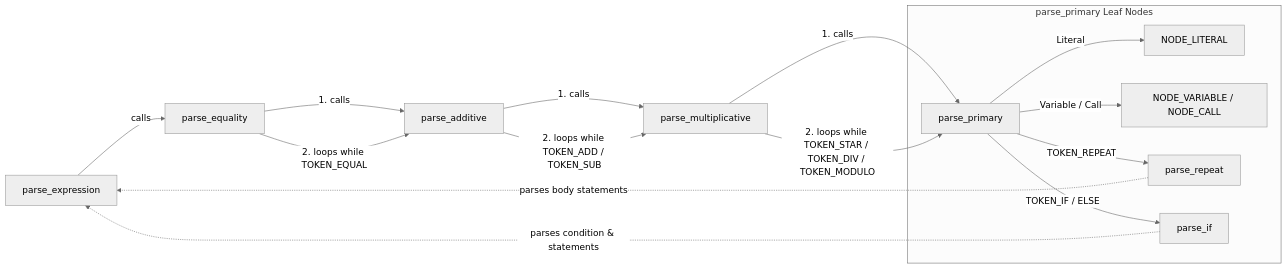
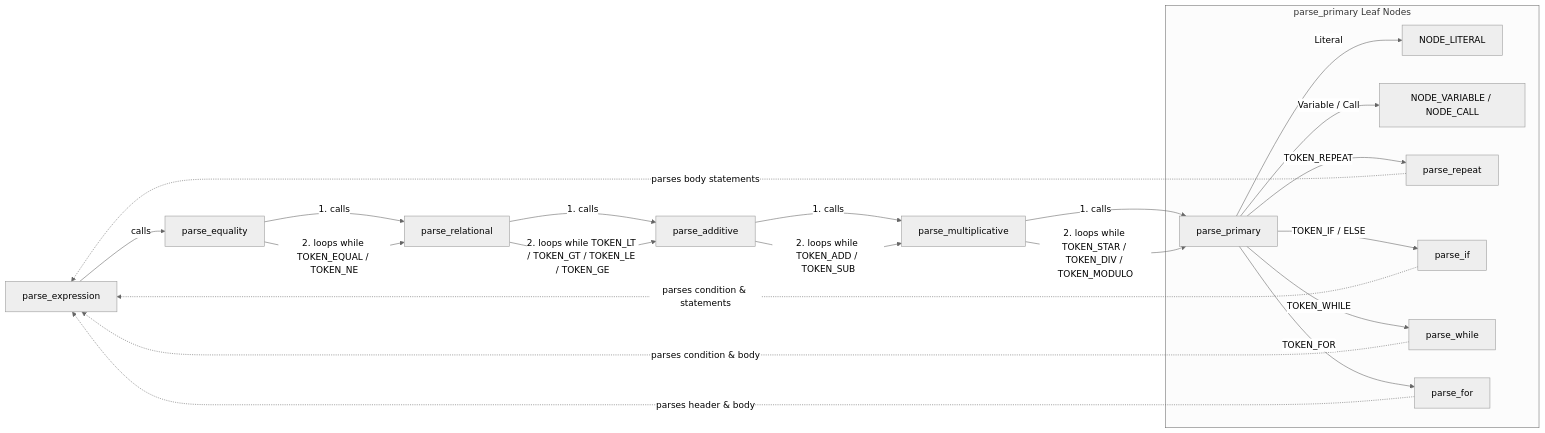
Before and after one commit to Pacsfury/Gravel-Launcher: the second of 2 diagrams in DESIGN.md, drawn with Mermaid (neutral theme). The commit also changed other lines of this file and 2 other files, not shown here.

Commit message:
docs: document loops and operators

````diff
--- a/DESIGN.md
+++ b/DESIGN.md
@@ -247,29 +249,37 @@
 ```mermaid
 flowchart LR
     %% Main Entry Points
     A[parse_expression] -->|calls| B[parse_equality]
     
     %% Equality Level
-    B -->|1. calls| C[parse_additive]
-    B -->|2. loops while TOKEN_EQUAL| C
+    B -->|1. calls| R[parse_relational]
+    B -->|2. loops while TOKEN_EQUAL / TOKEN_NE| R
+    
+    %% Relational Level
+    R -->|1. calls| C[parse_additive]
+    R -->|2. loops while TOKEN_LT / TOKEN_GT / TOKEN_LE / TOKEN_GE| C
     
     %% Additive Level
     C -->|1. calls| D[parse_multiplicative]
     C -->|2. loops while TOKEN_ADD / TOKEN_SUB| D
     
     %% Multiplicative Level
     D -->|1. calls| E[parse_primary]
     D -->|2. loops while TOKEN_STAR / TOKEN_DIV / TOKEN_MODULO| E
     
     %% Primary Level & Recursion
     subgraph Primary [parse_primary Leaf Nodes]
         E -->|Literal| F[NODE_LITERAL]
         E -->|Variable / Call| G[NODE_VARIABLE / NODE_CALL]
         E -->|TOKEN_REPEAT| H[parse_repeat]
         E -->|TOKEN_IF / ELSE| I[parse_if]
+        E -->|TOKEN_WHILE| J[parse_while]
+        E -->|TOKEN_FOR| K[parse_for]
     end
 
     %% Recursion Backtrack
     H -.->|parses body statements| A
     I -.->|parses condition & statements| A
+    J -.->|parses condition & body| A
+    K -.->|parses header & body| A
 ```  
````
